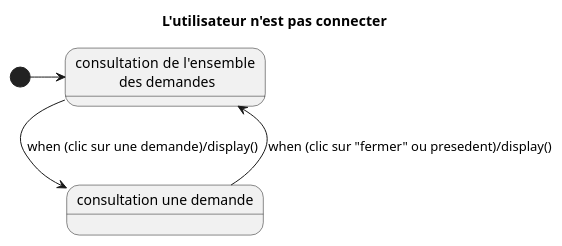
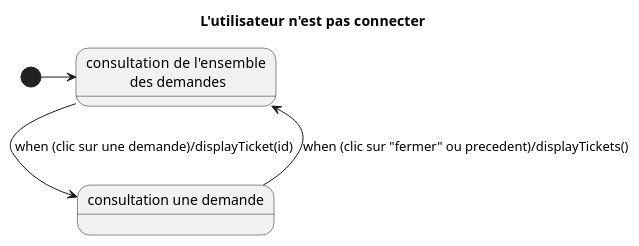
Before and after one commit to dorianleveque/CoHub: the diagram in docs/UML/diagramme etat transition/utilisateurpasconnecter.puml, drawn with PlantUML.

```diff
--- a/docs/UML/diagramme etat transition/utilisateurpasconnecter.puml
+++ b/docs/UML/diagramme etat transition/utilisateurpasconnecter.puml
@@ -1,9 +1,9 @@
 @startuml
 title L'utilisateur n'est pas connecter
 
   state S3 as "consultation de  l'ensemble\n des demandes"
   state S4 as "consultation une demande"
   [*] -> S3
-  S3 --> S4 : when (clic sur une demande)/display()
-  S4 --> S3 : when (clic sur "fermer" ou presedent)/display()
+  S3 --> S4 : when (clic sur une demande)/displayTicket(id)
+  S4 --> S3 : when (clic sur "fermer" ou precedent)/displayTickets()
 @enduml
```
